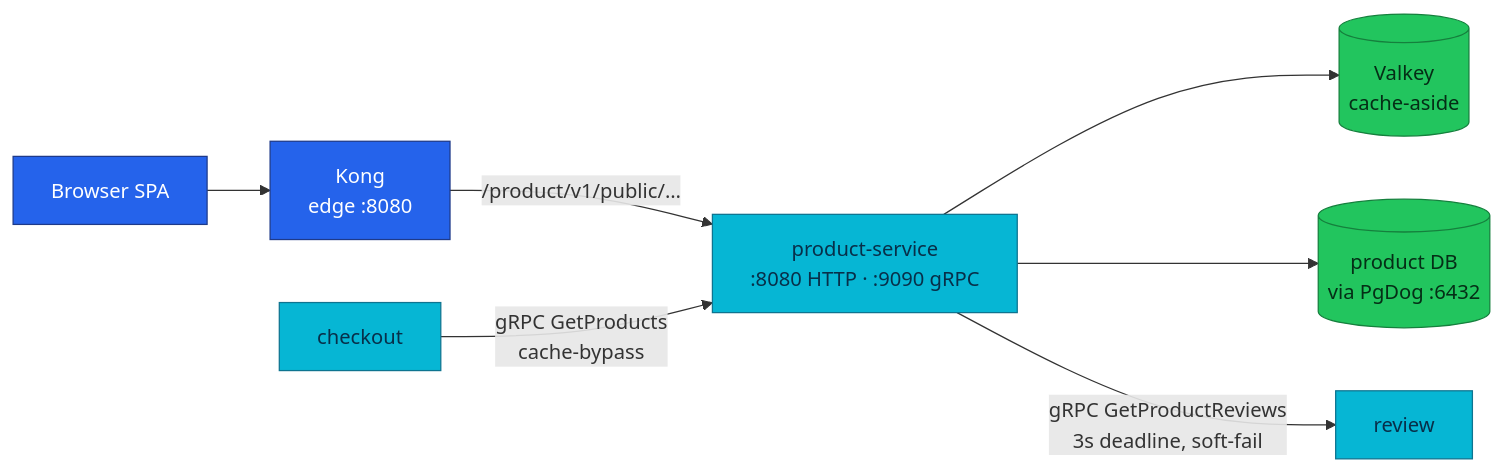
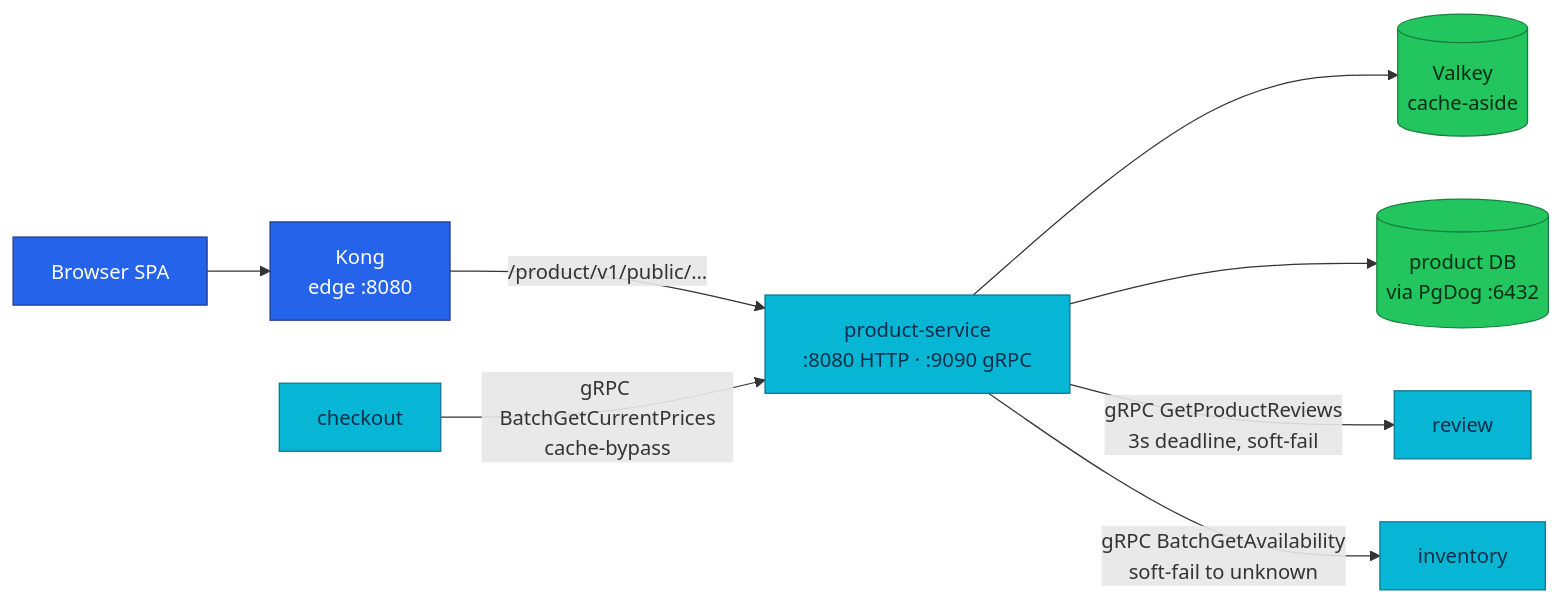
Before and after one commit to duynhlab/homelab: the diagram in docs/api/product.md, drawn with Mermaid. The commit also changed other lines of this file and 7 other files, not shown here.

````diff
--- a/docs/api/product.md
+++ b/docs/api/product.md
@@ -60,16 +59,17 @@
 ```mermaid
 flowchart LR
     SPA["Browser SPA"] --> Kong["Kong<br/>edge :8080"]
     Kong -->|"/product/v1/public/…"| Product["product-service<br/>:8080 HTTP · :9090 gRPC"]
     Product --> Cache[("Valkey<br/>cache-aside")]
     Product --> DB[("product DB<br/>via PgDog :6432")]
     Product -->|"gRPC GetProductReviews<br/>3s deadline, soft-fail"| Review[review]
-    Checkout[checkout] -->|"gRPC GetProducts<br/>cache-bypass"| Product
+    Product -->|"gRPC BatchGetAvailability<br/>soft-fail to unknown"| Inventory[inventory]
+    Checkout[checkout] -->|"gRPC BatchGetCurrentPrices<br/>cache-bypass"| Product
 
     classDef edge fill:#2563eb,color:#fff,stroke:#1e3a8a;
     classDef service fill:#06b6d4,color:#082f49,stroke:#0e7490;
     classDef data fill:#22c55e,color:#052e16,stroke:#15803d;
     class SPA,Kong edge;
-    class Product,Review,Checkout service;
+    class Product,Review,Checkout,Inventory service;
     class DB,Cache data;
 ```
````
